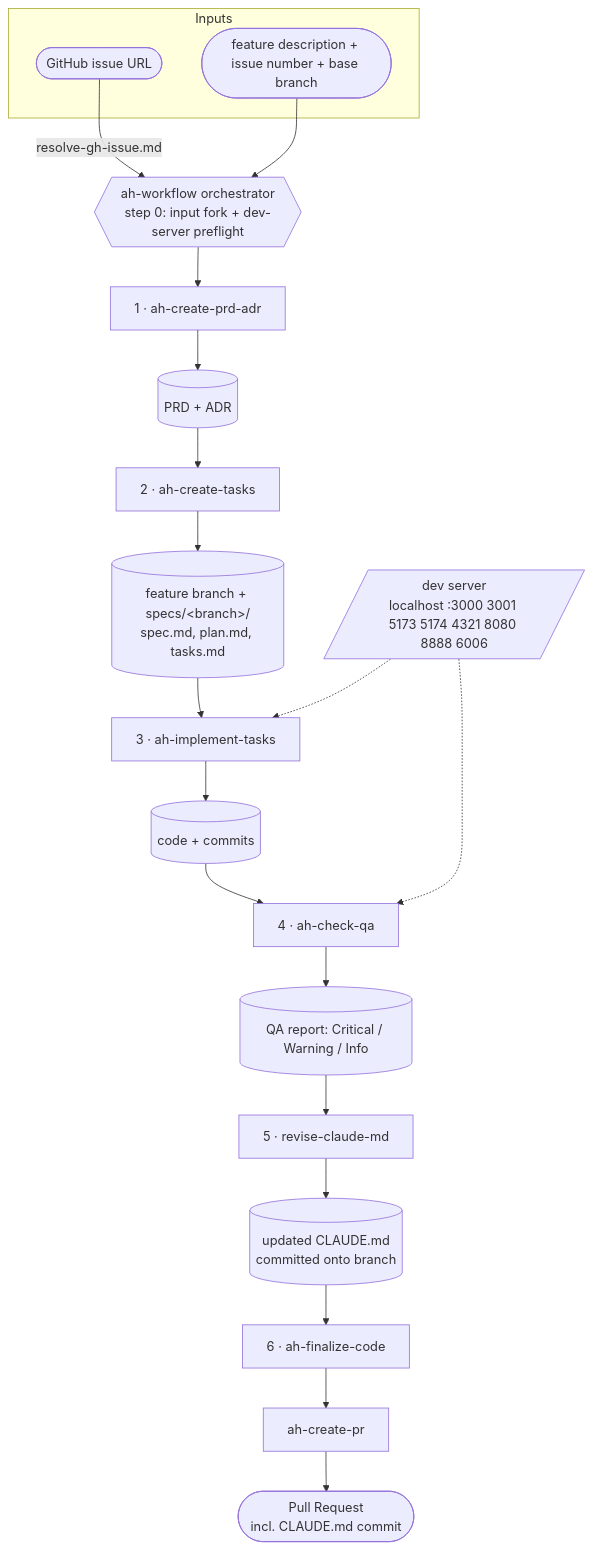
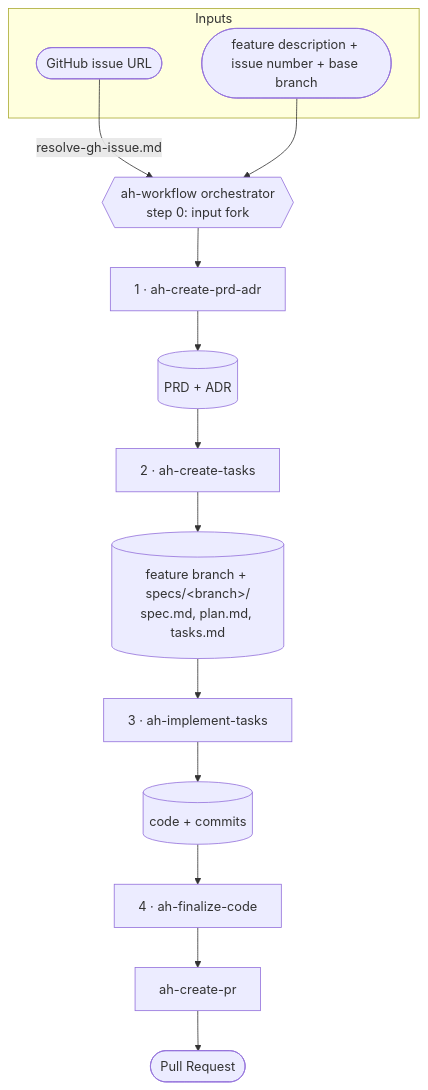
Before and after one commit to arinhubcom/arinhub-dev-skills: the diagram in ARCHITECTURE.md, drawn with Mermaid. The commit also changed other lines of this file and 3 other files, not shown here.

Commit message:
refactor: Update documentation and workflow phases in ARCHITECTURE.md, README.md, and SKILL.md to reflect changes in the ah-workflow pipeline

````diff
--- a/ARCHITECTURE.md
+++ b/ARCHITECTURE.md
@@ -20,23 +20,17 @@
 ```mermaid
 flowchart TD
   subgraph inputs[Inputs]
     i1([GitHub issue URL])
     i2([feature description + issue number + base branch])
   end
 
   i1 -->|resolve-gh-issue.md| wf
   i2 --> wf
 
-  wf{{ah-workflow orchestrator<br/>step 0: input fork + dev-server preflight}}
+  wf{{ah-workflow orchestrator<br/>step 0: input fork}}
 
   wf --> p1[1 · ah-create-prd-adr] --> a1[(PRD + ADR)]
   a1 --> p2[2 · ah-create-tasks] --> a2[(feature branch + specs/&lt;branch&gt;/<br/>spec.md, plan.md, tasks.md)]
   a2 --> p3[3 · ah-implement-tasks] --> a3[(code + commits)]
-  a3 --> p4[4 · ah-check-qa] --> a4[(QA report: Critical / Warning / Info)]
-  a4 --> p5[5 · revise-claude-md] --> a5[(updated CLAUDE.md<br/>committed onto branch)]
-  a5 --> p6[6 · ah-finalize-code] --> pr[ah-create-pr] --> out1([Pull Request<br/>incl. CLAUDE.md commit])
-
-  dev[/dev server<br/>localhost :3000 3001 5173 5174 4321 8080 8888 6006/]
-  dev -.-> p3
-  dev -.-> p4
+  a3 --> p4[4 · ah-finalize-code] --> pr[ah-create-pr] --> out1([Pull Request])
 ```
````
